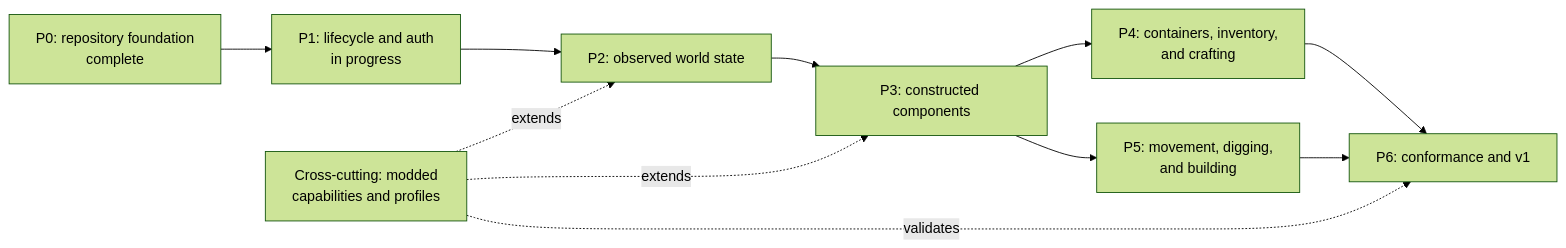
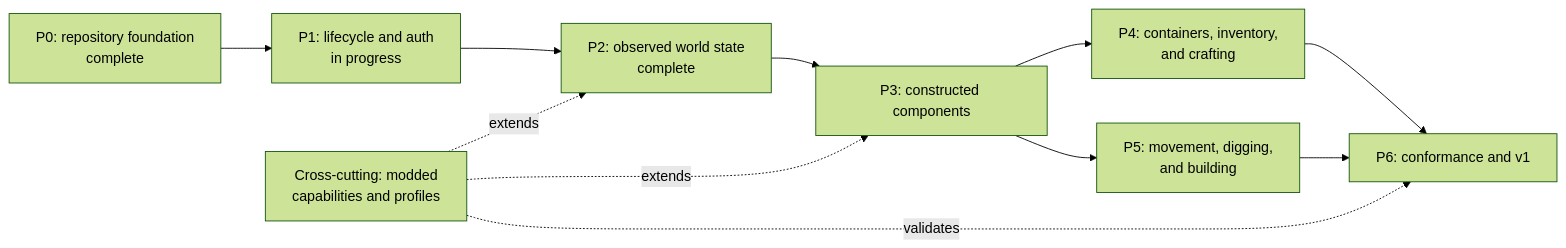
Before and after one commit to go-theft-craft/headless-minecraft: the diagram in ROADMAP.md, drawn with Mermaid (forest theme). The commit also changed other lines of this file and 15 other files, not shown here.

````diff
--- a/ROADMAP.md
+++ b/ROADMAP.md
@@ -5,22 +5,22 @@
 ```mermaid
 flowchart LR
     P0["P0: repository foundation<br/>complete"]
     P1["P1: lifecycle and auth<br/>in progress"]
-    P2["P2: observed world state"]
+    P2["P2: observed world state<br/>complete"]
     P3["P3: constructed components"]
     P4["P4: containers, inventory,<br/>and crafting"]
     P5["P5: movement, digging,<br/>and building"]
     P6["P6: conformance and v1"]
     PM["Cross-cutting: modded<br/>capabilities and profiles"]
 
     P0 --> P1
     P1 --> P2
     P2 --> P3
     P3 --> P4
     P3 --> P5
     P4 --> P6
     P5 --> P6
     PM -. extends .-> P2
     PM -. extends .-> P3
     PM -. validates .-> P6
 ```
````
